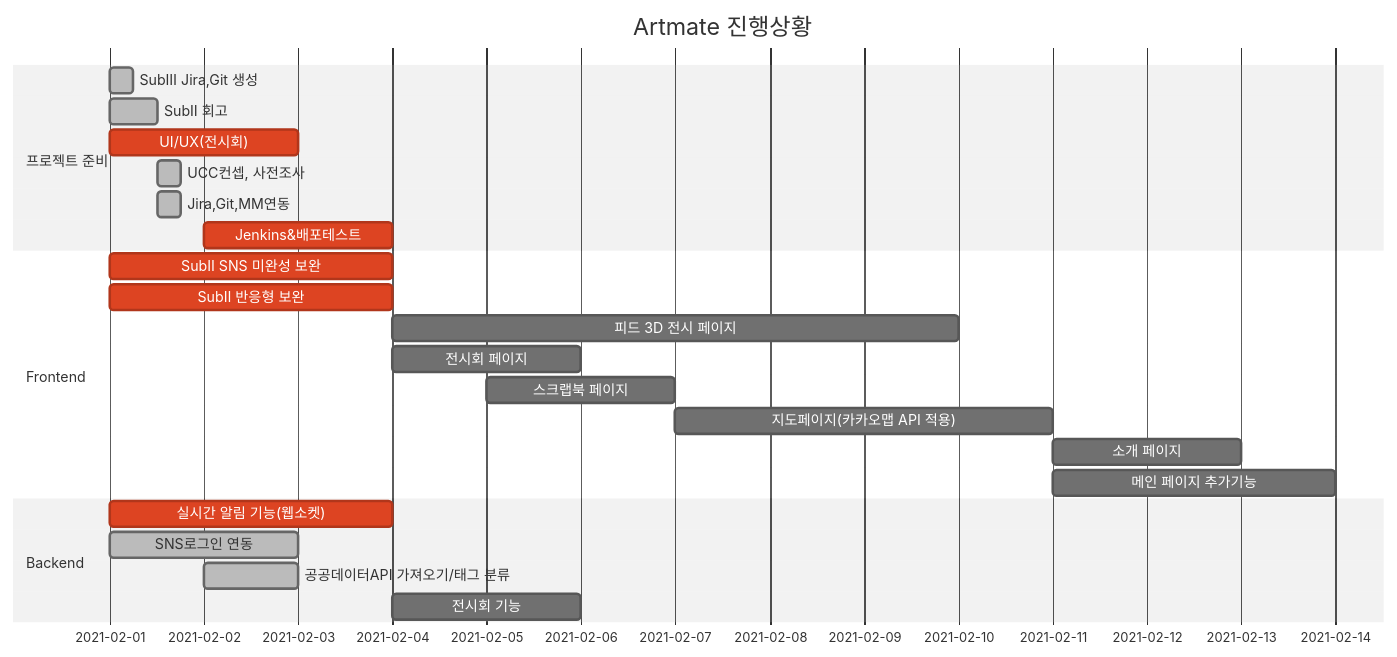
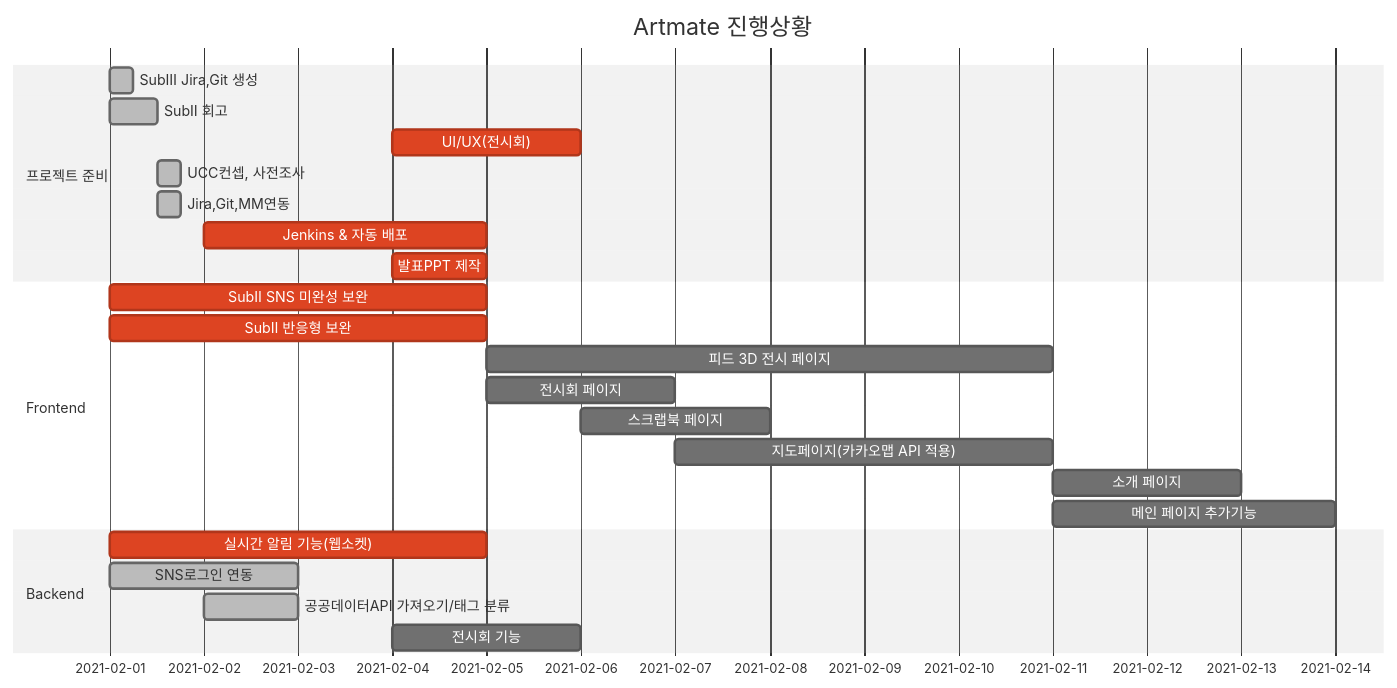
The diagram in README.md (dovvn/Artmate-PJT), drawn with Mermaid (neutral theme) before and after one commit.

Commit message:
README_0204: 오전 작업상황 업데이트

````diff
--- a/README.md
+++ b/README.md
@@ -21,30 +21,30 @@
 ```mermaid  
 gantt
     title Artmate 진행상황
     dateFormat  YYYY-MM-DD
     section 프로젝트 준비
     SubⅢ Jira,Git 생성  :done, 2021-02-01, 6h
     SubⅡ 회고          :done, p2,2021-02-01, 12h
-    UI/UX(전시회)   :crit,2021-02-01,2d
+    UI/UX(전시회)   :crit,2021-02-04,2d
     UCC컨셉, 사전조사   :done,after p2,6h
     Jira,Git,MM연동   :done,after p2,6h
-    Jenkins&배포테스트 :crit, 2021-02-02,2d
-    
+    Jenkins & 자동 배포 :crit, 2021-02-02,3d
+    발표PPT 제작: crit,2021-02-04,1d
     
     section Frontend
-    SubⅡ SNS 미완성 보완          :crit, 2021-02-01, 3d
-    SubⅡ 반응형 보완          :crit, 2021-02-01, 3d
-    피드 3D 전시 페이지   :,2021-02-04,6d
-    전시회 페이지   :,2021-02-04,2d
-    스크랩북 페이지   :,2021-02-05,2d
+    SubⅡ SNS 미완성 보완          :crit, 2021-02-01, 4d
+    SubⅡ 반응형 보완          :crit, 2021-02-01, 4d
+    피드 3D 전시 페이지   :,2021-02-05,6d
+    전시회 페이지   :,2021-02-05,2d
+    스크랩북 페이지   :,2021-02-06,2d
     지도페이지(카카오맵 API 적용)       :2021-02-07, 4d
     소개 페이지   :,2021-02-11,2d
     메인 페이지 추가기능   :,2021-02-11,3d
     
 
     section Backend
-    실시간 알림 기능(웹소켓)          :crit, 2021-02-01, 3d
+    실시간 알림 기능(웹소켓)          :crit, 2021-02-01, 4d
     SNS로그인 연동          :done, 2021-02-01, 2d
     공공데이터API 가져오기/태그 분류          :done, p1, 2021-02-02, 1d
     전시회 기능:,2021-02-04,2d
 ```
````
